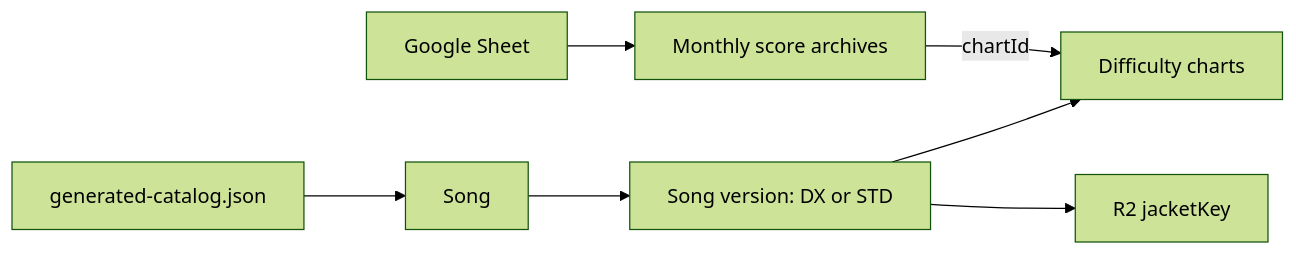
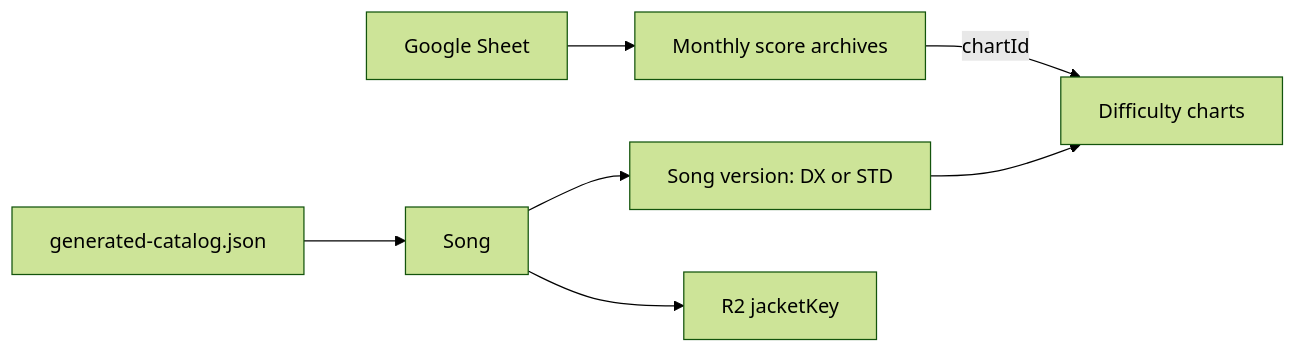
One commit to AllanSunny/maimai-score-gallery changed the diagram in docs/data-model.md. Above: the diagram before and after it, drawn with Mermaid (forest theme). The commit also changed other lines of this file and 9 other files, not shown here.

````diff
--- a/docs/data-model.md
+++ b/docs/data-model.md
@@ -6,9 +21,9 @@
 ```mermaid
 flowchart LR
   Sheet[Google Sheet] --> ScoreArchive[Monthly score archives]
   ScoreArchive -->|chartId| Charts
   Catalog[generated-catalog.json] --> Song
   Song --> Version[Song version: DX or STD]
   Version --> Charts[Difficulty charts]
-  Version --> Jacket[R2 jacketKey]
+  Song --> Jacket[R2 jacketKey]
 ```
````
